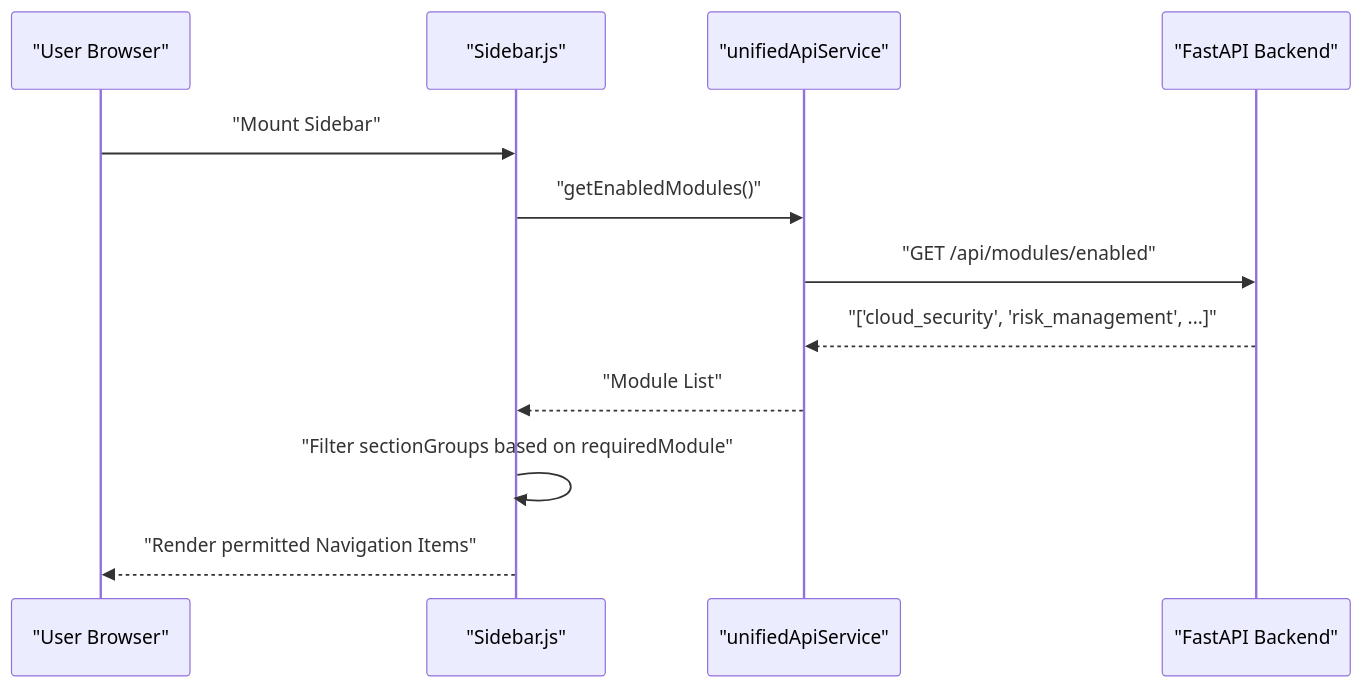
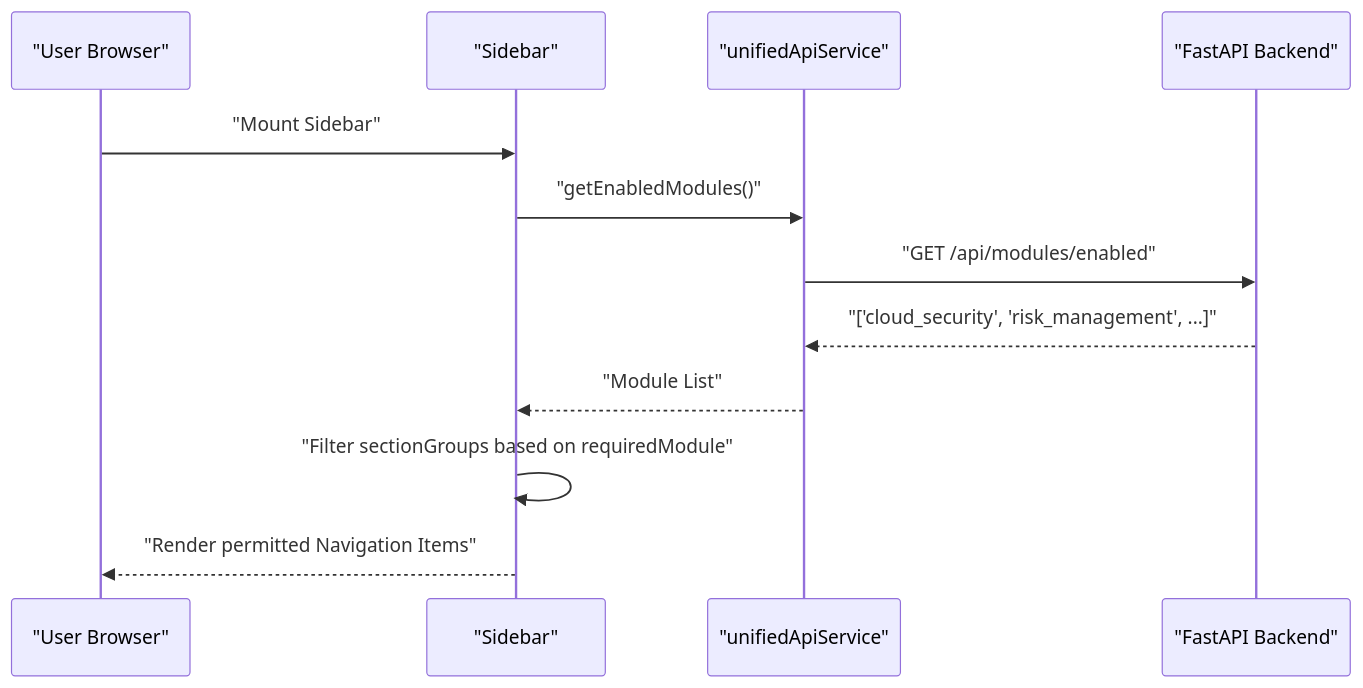
The first of 2 diagrams in docs/platform-overview/module-system.md (niteshsaini/offloadsecurity-docs), drawn with Mermaid before and after one commit. The commit also changed other lines of this file and 16 other files, not shown here.

````diff
--- a/docs/platform-overview/module-system.md
+++ b/docs/platform-overview/module-system.md
@@ -18,15 +18,15 @@
 ```mermaid
 sequenceDiagram
     participant U as "User Browser"
-    participant S as "Sidebar.js"
+    participant S as "Sidebar"
     participant API as "unifiedApiService"
     participant B as "FastAPI Backend"
 
     U->>S: "Mount Sidebar"
     S->>API: "getEnabledModules()"
     API->>B: "GET /api/modules/enabled"
     B-->>API: "['cloud_security', 'risk_management', ...]"
     API-->>S: "Module List"
     S->>S: "Filter sectionGroups based on requiredModule"
     S-->>U: "Render permitted Navigation Items"
 ```
````
